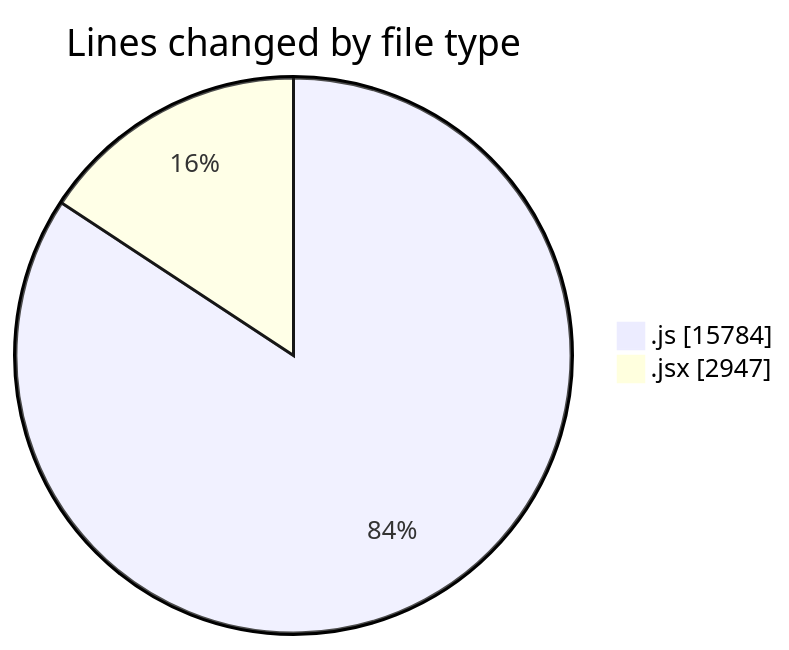
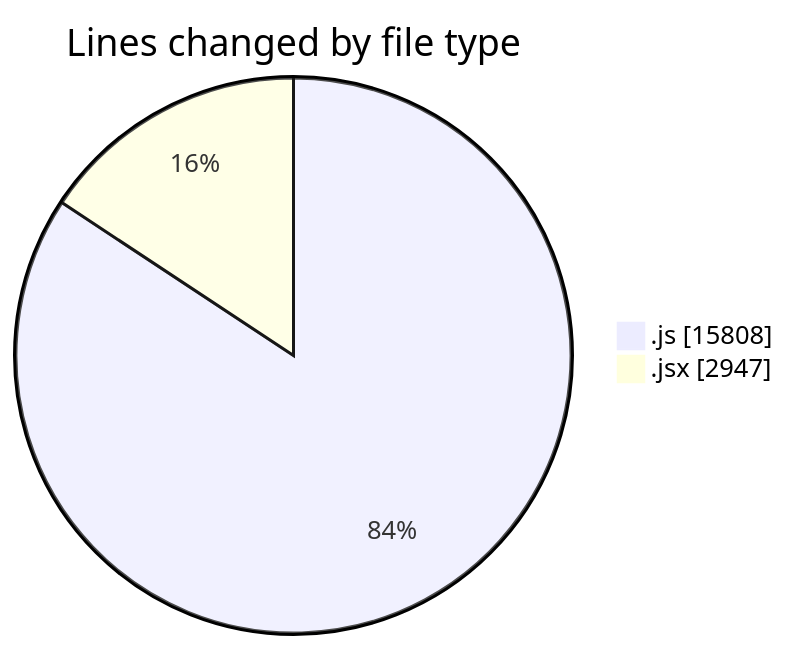
Before and after one commit to nxtqubesakshisongat/code-tracking: the first of 2 diagrams in 2025-09-26/nxtqube_webapp/README.md, drawn with Mermaid. The commit also changed other lines of this file and 1 other file, not shown here.

````diff
--- a/2025-09-26/nxtqube_webapp/README.md
+++ b/2025-09-26/nxtqube_webapp/README.md
@@ -27,6 +27,6 @@
 ```mermaid
 pie showData
 title Lines changed by file type
-".js" : 15784
+".js" : 15808
 ".jsx" : 2947
 ```
````
